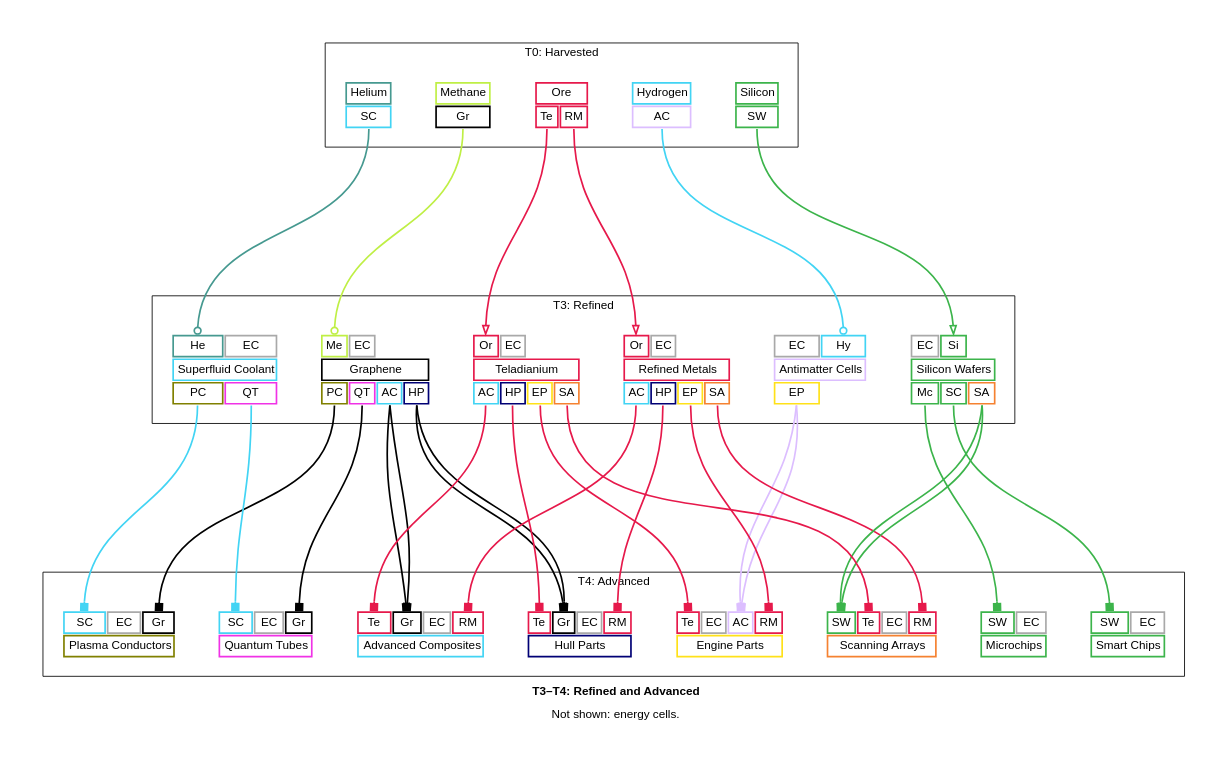
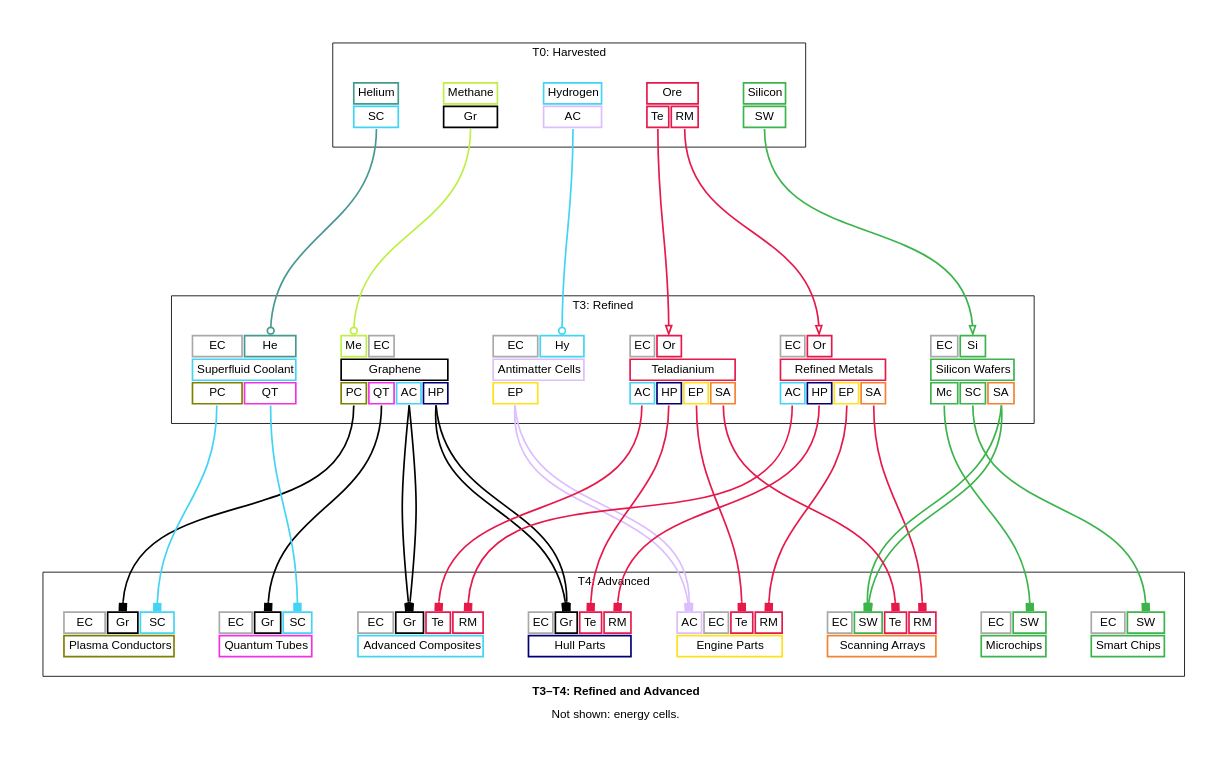
The diagram in docs/t3_t4_refined_and_advanced_graph_simplified.dot (borntyping/x4-diagrams), drawn with Graphviz before and after one commit. The commit also changed other lines of this file and 66 other files, not shown here.

```diff
--- a/docs/t3_t4_refined_and_advanced_graph_simplified.dot
+++ b/docs/t3_t4_refined_and_advanced_graph_simplified.dot
@@ -129,9 +129,9 @@
   
     <tr>
       
+        <td align="text" bgcolor="white" color="#a9a9a9" port="energy_cells">EC</td>
+      
         <td align="text" bgcolor="white" color="#e6194B" port="ore">Or</td>
-      
-        <td align="text" bgcolor="white" color="#a9a9a9" port="energy_cells">EC</td>
       
     </tr>
   
@@ -181,9 +181,9 @@
   
     <tr>
       
+        <td align="text" bgcolor="white" color="#a9a9a9" port="energy_cells">EC</td>
+      
         <td align="text" bgcolor="white" color="#469990" port="helium">He</td>
-      
-        <td align="text" bgcolor="white" color="#a9a9a9" port="energy_cells">EC</td>
       
     </tr>
   
@@ -204,9 +204,9 @@
   
     <tr>
       
+        <td align="text" bgcolor="white" color="#a9a9a9" port="energy_cells">EC</td>
+      
         <td align="text" bgcolor="white" color="#e6194B" port="ore">Or</td>
-      
-        <td align="text" bgcolor="white" color="#a9a9a9" port="energy_cells">EC</td>
       
     </tr>
   
@@ -234,11 +234,11 @@
   
     <tr>
       
-        <td align="text" bgcolor="white" color="#e6194B" port="teladianium">Te</td>
+        <td align="text" bgcolor="white" color="#a9a9a9" port="energy_cells">EC</td>
       
         <td align="text" bgcolor="white" color="#000000" port="graphene">Gr</td>
       
-        <td align="text" bgcolor="white" color="#a9a9a9" port="energy_cells">EC</td>
+        <td align="text" bgcolor="white" color="#e6194B" port="teladianium">Te</td>
       
         <td align="text" bgcolor="white" color="#e6194B" port="refined_metals">RM</td>
       
@@ -253,11 +253,11 @@
   
     <tr>
       
-        <td align="text" bgcolor="white" color="#e6194B" port="teladianium">Te</td>
+        <td align="text" bgcolor="white" color="#dcbeff" port="antimatter_cells">AC</td>
       
         <td align="text" bgcolor="white" color="#a9a9a9" port="energy_cells">EC</td>
       
-        <td align="text" bgcolor="white" color="#dcbeff" port="antimatter_cells">AC</td>
+        <td align="text" bgcolor="white" color="#e6194B" port="teladianium">Te</td>
       
         <td align="text" bgcolor="white" color="#e6194B" port="refined_metals">RM</td>
       
@@ -272,11 +272,11 @@
   
     <tr>
       
-        <td align="text" bgcolor="white" color="#e6194B" port="teladianium">Te</td>
+        <td align="text" bgcolor="white" color="#a9a9a9" port="energy_cells">EC</td>
       
         <td align="text" bgcolor="white" color="#000000" port="graphene">Gr</td>
       
-        <td align="text" bgcolor="white" color="#a9a9a9" port="energy_cells">EC</td>
+        <td align="text" bgcolor="white" color="#e6194B" port="teladianium">Te</td>
       
         <td align="text" bgcolor="white" color="#e6194B" port="refined_metals">RM</td>
       
@@ -291,9 +291,9 @@
   
     <tr>
       
+        <td align="text" bgcolor="white" color="#a9a9a9" port="energy_cells">EC</td>
+      
         <td align="text" bgcolor="white" color="#3cb44b" port="silicon_wafers">SW</td>
-      
-        <td align="text" bgcolor="white" color="#a9a9a9" port="energy_cells">EC</td>
       
     </tr>
   
@@ -306,11 +306,11 @@
   
     <tr>
       
-        <td align="text" bgcolor="white" color="#42d4f4" port="superfluid_coolant">SC</td>
-      
         <td align="text" bgcolor="white" color="#a9a9a9" port="energy_cells">EC</td>
       
         <td align="text" bgcolor="white" color="#000000" port="graphene">Gr</td>
+      
+        <td align="text" bgcolor="white" color="#42d4f4" port="superfluid_coolant">SC</td>
       
     </tr>
   
@@ -323,11 +323,11 @@
   
     <tr>
       
-        <td align="text" bgcolor="white" color="#42d4f4" port="superfluid_coolant">SC</td>
-      
         <td align="text" bgcolor="white" color="#a9a9a9" port="energy_cells">EC</td>
       
         <td align="text" bgcolor="white" color="#000000" port="graphene">Gr</td>
+      
+        <td align="text" bgcolor="white" color="#42d4f4" port="superfluid_coolant">SC</td>
       
     </tr>
   
@@ -340,11 +340,11 @@
   
     <tr>
       
+        <td align="text" bgcolor="white" color="#a9a9a9" port="energy_cells">EC</td>
+      
         <td align="text" bgcolor="white" color="#3cb44b" port="silicon_wafers">SW</td>
       
         <td align="text" bgcolor="white" color="#e6194B" port="teladianium">Te</td>
-      
-        <td align="text" bgcolor="white" color="#a9a9a9" port="energy_cells">EC</td>
       
         <td align="text" bgcolor="white" color="#e6194B" port="refined_metals">RM</td>
       
@@ -359,9 +359,9 @@
   
     <tr>
       
+        <td align="text" bgcolor="white" color="#a9a9a9" port="energy_cells">EC</td>
+      
         <td align="text" bgcolor="white" color="#3cb44b" port="silicon_wafers">SW</td>
-      
-        <td align="text" bgcolor="white" color="#a9a9a9" port="energy_cells">EC</td>
       
     </tr>
   
```
